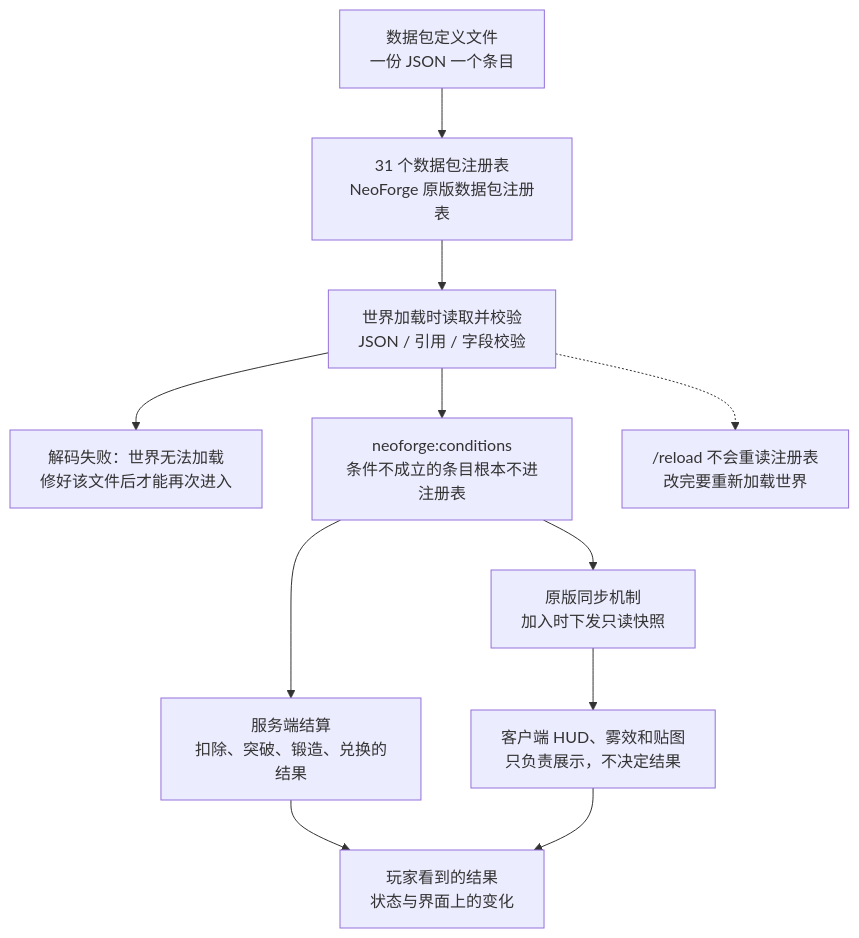
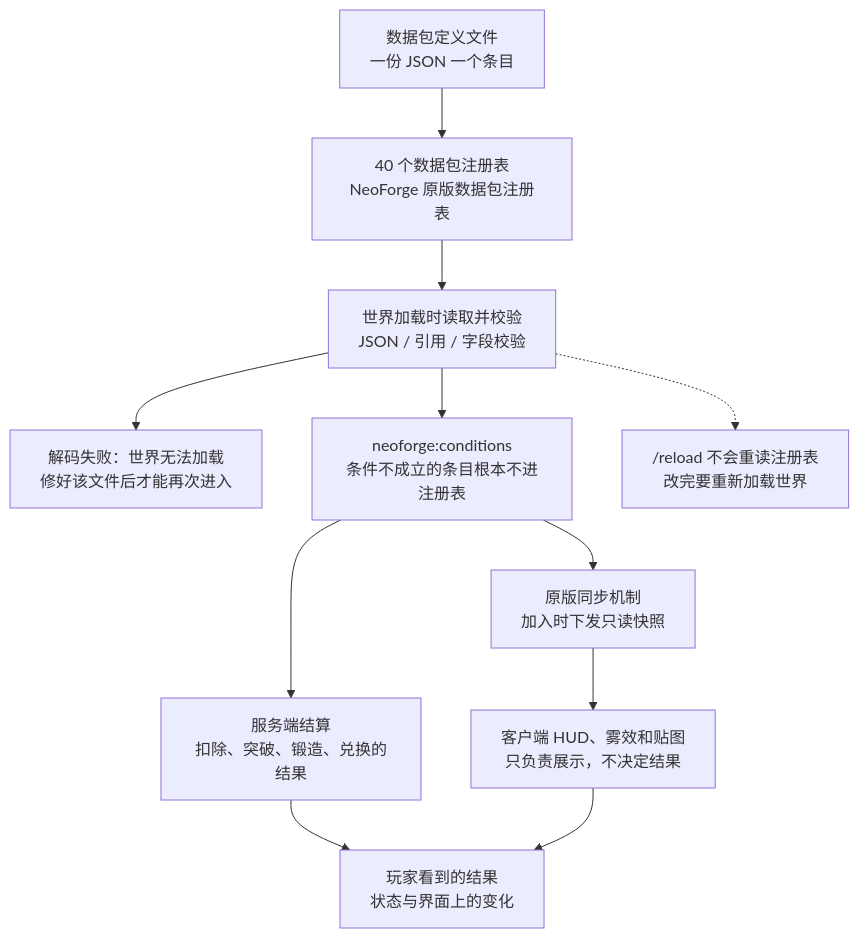
Before and after one commit to IAFEnvoy/mxt-docs: the diagram in docs/datapack/overview.md, drawn with Mermaid. The commit also changed other lines of this file and 149 other files, not shown here.

````diff
--- a/docs/datapack/overview.md
+++ b/docs/datapack/overview.md
@@ -172,13 +121,13 @@
 ```mermaid
 flowchart TD
-    A["数据包定义文件<br/>一份 JSON 一个条目"] --> B["31 个数据包注册表<br/>NeoForge 原版数据包注册表"]
+    A["数据包定义文件<br/>一份 JSON 一个条目"] --> B["40 个数据包注册表<br/>NeoForge 原版数据包注册表"]
     B --> C["世界加载时读取并校验<br/>JSON / 引用 / 字段校验"]
     C --> D["解码失败：世界无法加载<br/>修好该文件后才能再次进入"]
     C --> E["neoforge:conditions<br/>条件不成立的条目根本不进注册表"]
     E --> F["原版同步机制<br/>加入时下发只读快照"]
     E --> G["服务端结算<br/>扣除、突破、锻造、兑换的结果"]
     F --> H["客户端 HUD、雾效和贴图<br/>只负责展示，不决定结果"]
     G --> I["玩家看到的结果<br/>状态与界面上的变化"]
     H --> I
     C -.-> J["/reload 不会重读注册表<br/>改完要重新加载世界"]
 ```
````
